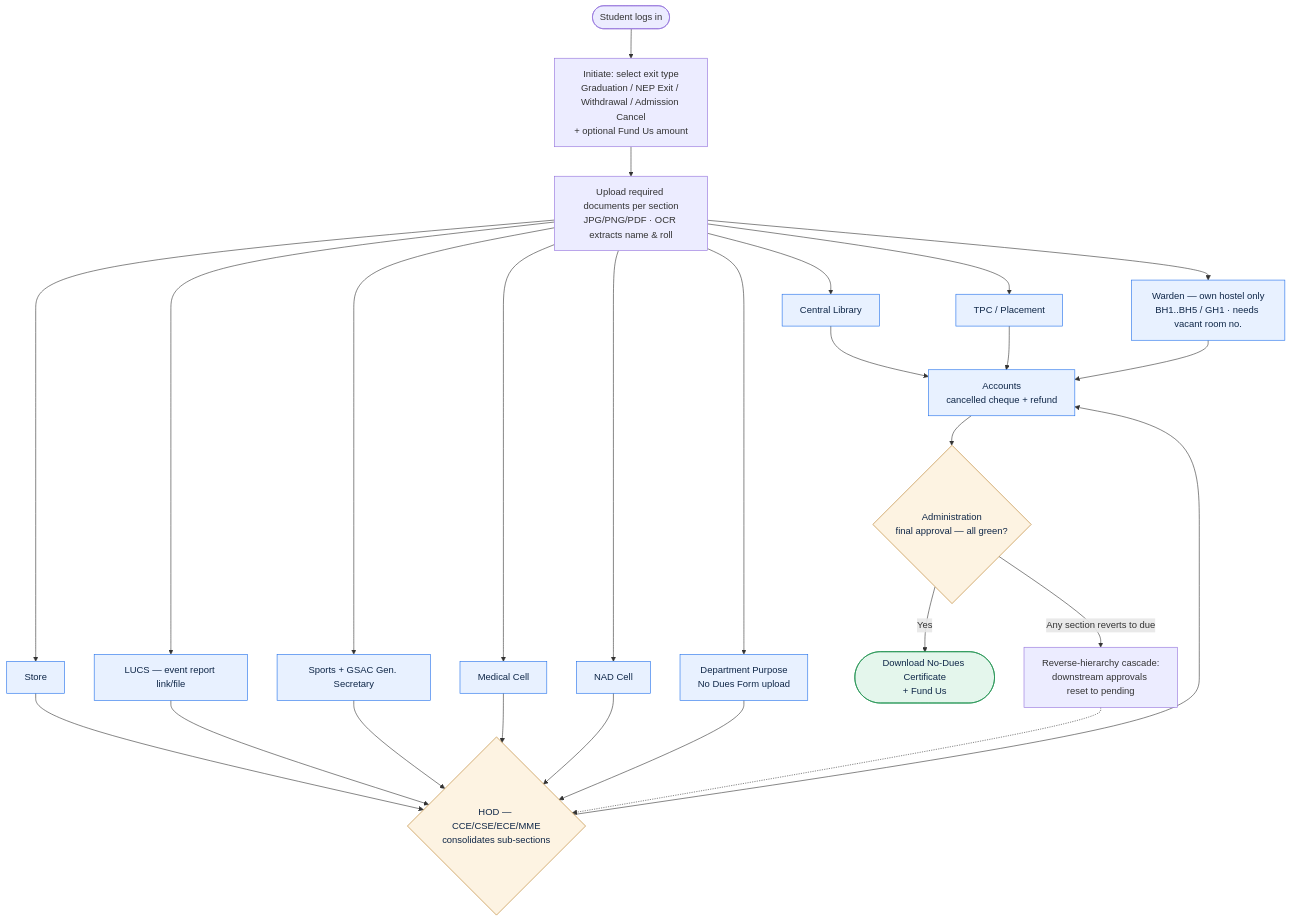
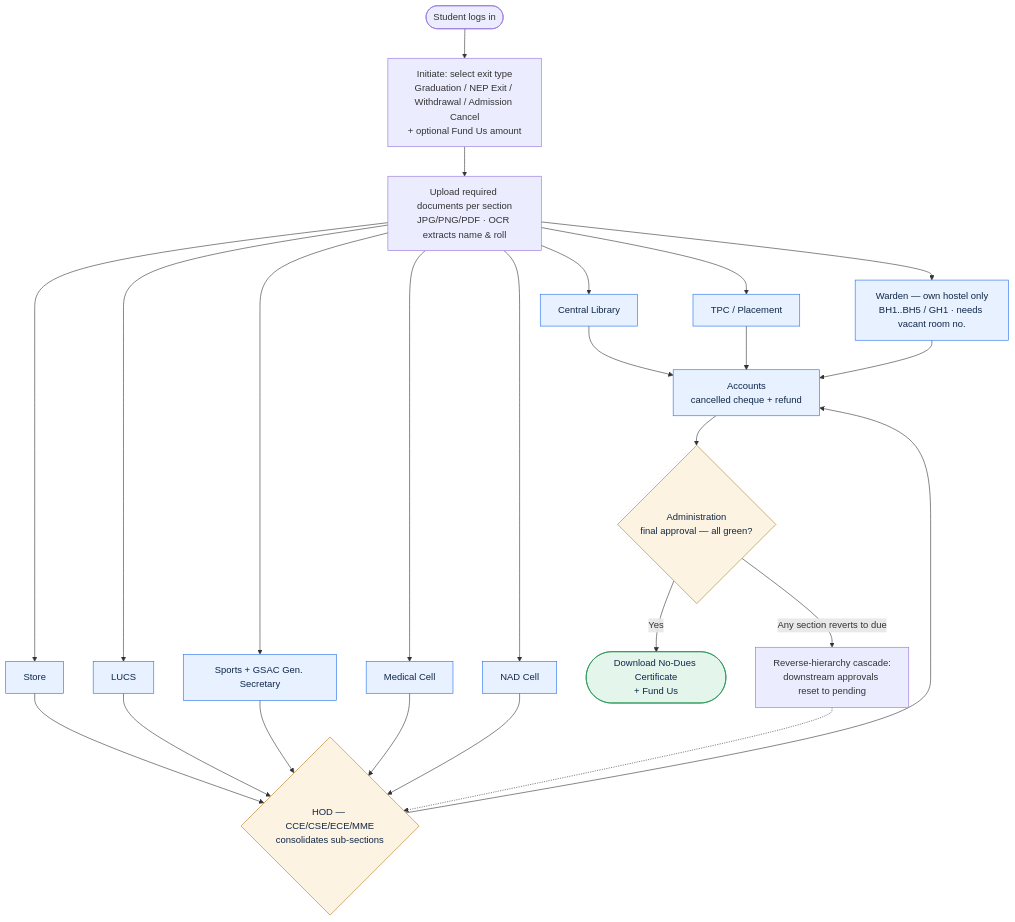
Before and after one commit to manashatwar/LNMIIT-NO-DUES-PORTAL: the first of 4 diagrams in docs/DESIGN.md, drawn with Mermaid. The commit also changed other lines of this file and 13 other files, not shown here.

Commit message:
feat: remove Department-Purpose upload requirement; convert LUCS to confirm-only section and enhance officer visibility on intake documents

````diff
--- a/docs/DESIGN.md
+++ b/docs/DESIGN.md
@@ -25,39 +25,37 @@
 ```mermaid
 flowchart TD
     A([Student logs in]) --> B[Initiate: select exit type<br/>Graduation / NEP Exit / Withdrawal / Admission Cancel<br/>+ optional Fund Us amount]
     B --> C[Upload required documents per section<br/>JPG/PNG/PDF · OCR extracts name & roll]
 
     C --> LIB[Central Library]
     C --> TPC[TPC / Placement]
     C --> WAR[Warden — own hostel only<br/>BH1..BH5 / GH1 · needs vacant room no.]
     C --> STO[Store]
-    C --> LUCS[LUCS — event report link/file]
+    C --> LUCS[LUCS]
     C --> SPO[Sports + GSAC Gen. Secretary]
     C --> MED[Medical Cell]
     C --> NAD[NAD Cell]
-    C --> DEP[Department Purpose<br/>No Dues Form upload]
 
     STO --> HOD{HOD — CCE/CSE/ECE/MME<br/>consolidates sub-sections}
     LUCS --> HOD
     SPO --> HOD
     MED --> HOD
     NAD --> HOD
-    DEP --> HOD
 
     LIB --> ACC[Accounts<br/>cancelled cheque + refund]
     TPC --> ACC
     WAR --> ACC
     HOD --> ACC
 
     ACC --> ADM{Administration<br/>final approval — all green?}
     ADM -->|Yes| CERT([Download No-Dues Certificate<br/>+ Fund Us])
     ADM -->|Any section reverts to due| RC[Reverse-hierarchy cascade:<br/>downstream approvals reset to pending]
     RC -.-> HOD
 
     classDef sec fill:#e8f1ff,stroke:#1f6feb,color:#0f2748;
     classDef gate fill:#fdf3e2,stroke:#b7791f,color:#0f2748;
     classDef done fill:#e4f6ec,stroke:#1a8f4c,color:#0f2748;
-    class LIB,TPC,WAR,STO,LUCS,SPO,MED,NAD,DEP,ACC sec;
+    class LIB,TPC,WAR,STO,LUCS,SPO,MED,NAD,ACC sec;
     class HOD,ADM gate;
     class CERT done;
 ```
````
